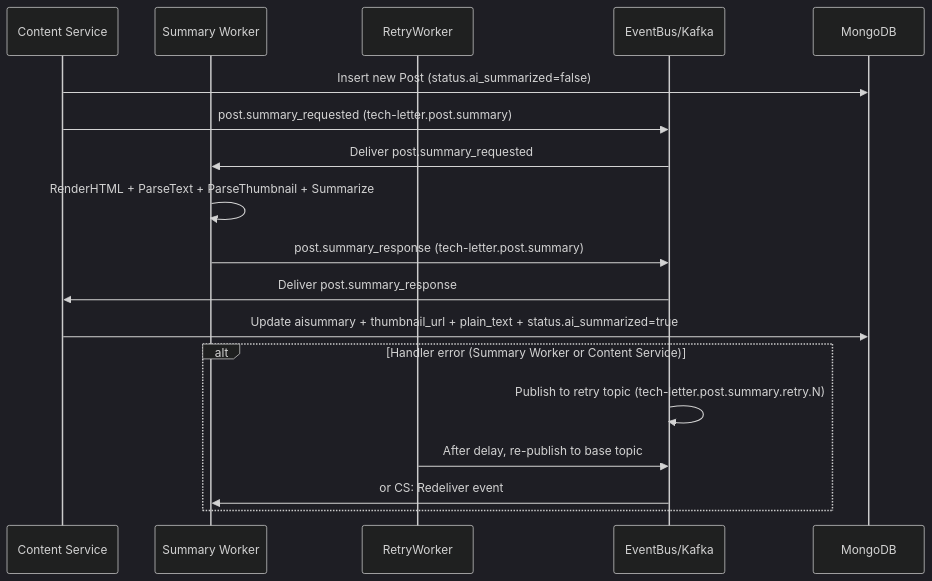
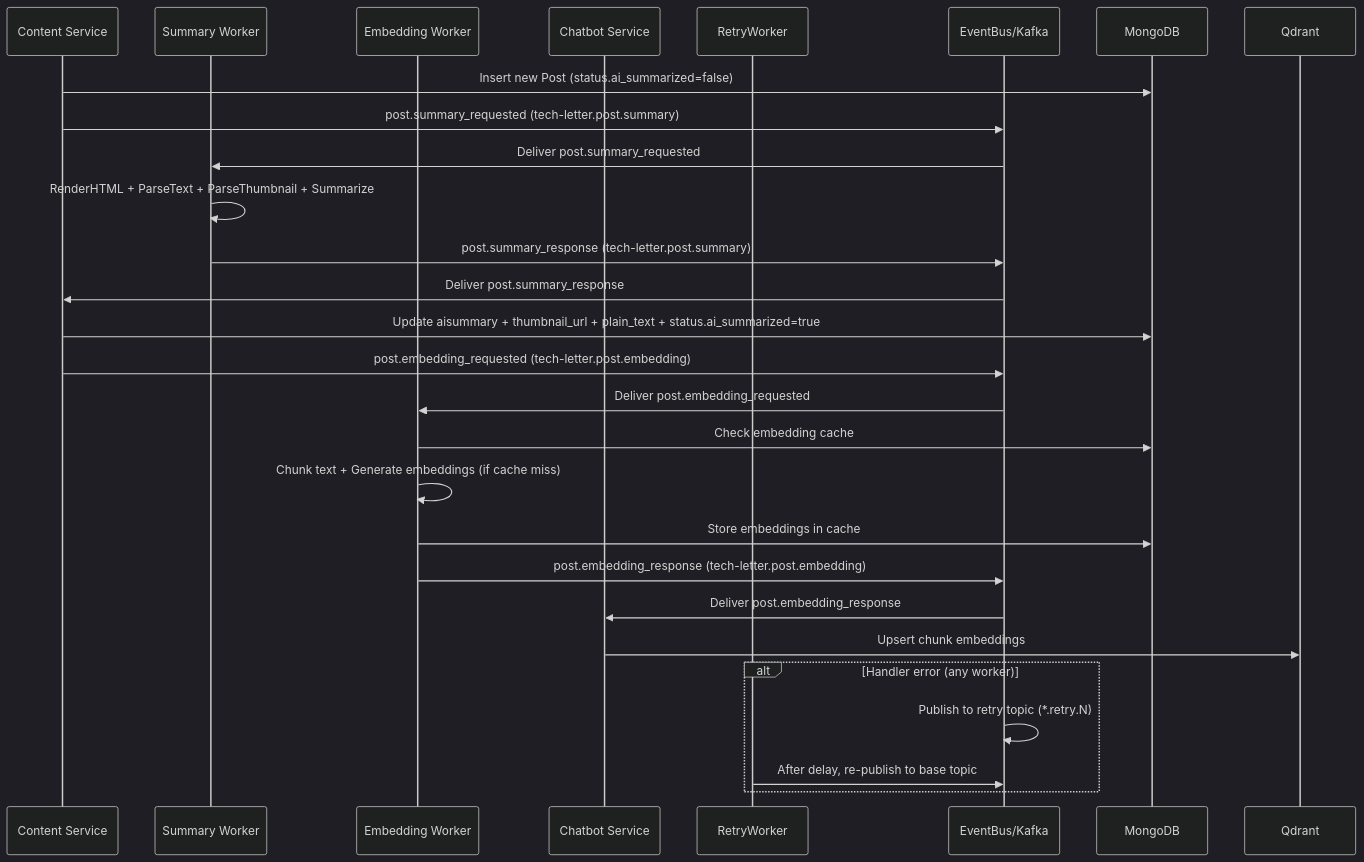
The second of 2 diagrams in README.md (TechLetter/tech-letter), drawn with Mermaid (dark theme) before and after one commit. The commit also changed other lines of this file and 42 other files, not shown here.

````diff
--- a/README.md
+++ b/README.md
@@ -127,22 +176,34 @@
 ```mermaid
 sequenceDiagram
     participant CS as Content Service
     participant SW as Summary Worker
+    participant EW as Embedding Worker
+    participant CBS as Chatbot Service
     participant RW as RetryWorker
     participant EB as EventBus/Kafka
     participant DB as MongoDB
+    participant VDB as Qdrant
 
     CS->>DB: Insert new Post (status.ai_summarized=false)
     CS->>EB: post.summary_requested (tech-letter.post.summary)
     EB->>SW: Deliver post.summary_requested
     SW->>SW: RenderHTML + ParseText + ParseThumbnail + Summarize
     SW->>EB: post.summary_response (tech-letter.post.summary)
     EB->>CS: Deliver post.summary_response
     CS->>DB: Update aisummary + thumbnail_url + plain_text + status.ai_summarized=true
+    CS->>EB: post.embedding_requested (tech-letter.post.embedding)
 
-    alt Handler error (Summary Worker or Content Service)
-        EB->>EB: Publish to retry topic (tech-letter.post.summary.retry.N)
+    EB->>EW: Deliver post.embedding_requested
+    EW->>DB: Check embedding cache
+    EW->>EW: Chunk text + Generate embeddings (if cache miss)
+    EW->>DB: Store embeddings in cache
+    EW->>EB: post.embedding_response (tech-letter.post.embedding)
+
+    EB->>CBS: Deliver post.embedding_response
+    CBS->>VDB: Upsert chunk embeddings
+
+    alt Handler error (any worker)
+        EB->>EB: Publish to retry topic (*.retry.N)
         RW->>EB: After delay, re-publish to base topic
-        EB->>SW: or CS: Redeliver event
     end
 ```
````
